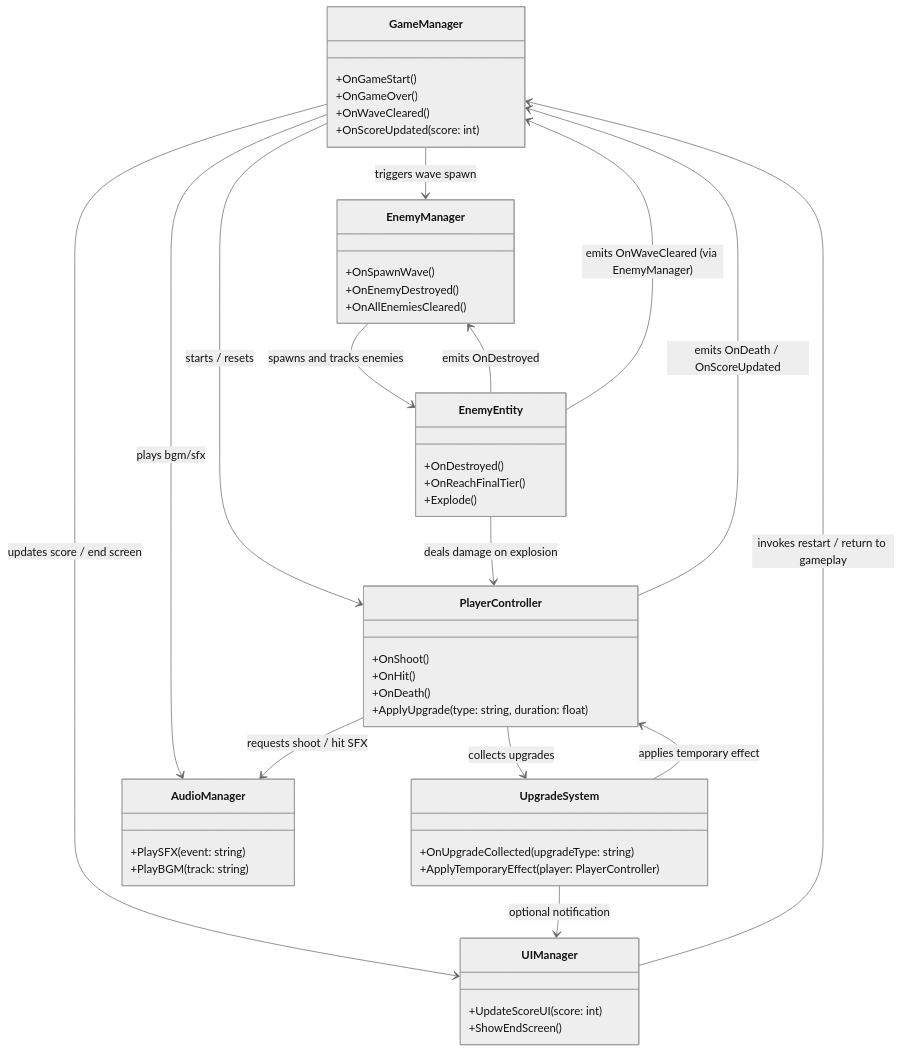
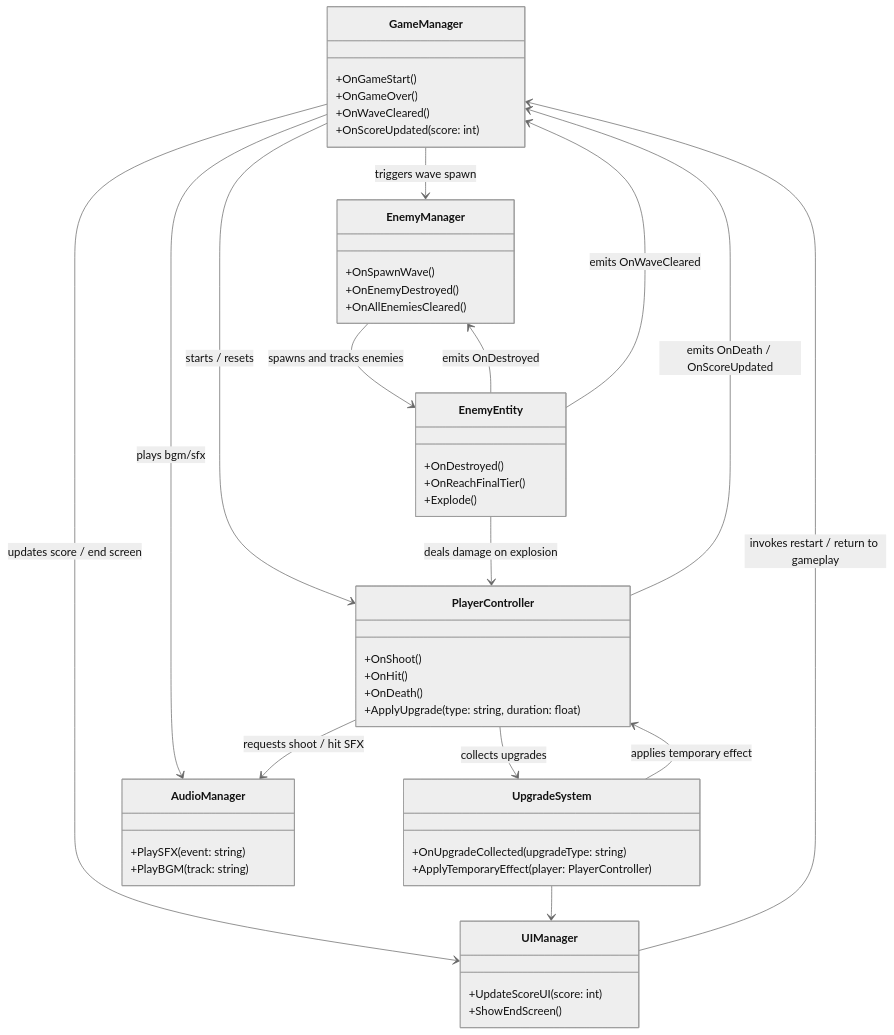
The fourth of 4 diagrams in README.md (Justsomeguy241/Game-ProgrammingClass), drawn with Mermaid before and after one commit.

````diff
--- a/README.md
+++ b/README.md
@@ -247,67 +247,67 @@
 ```mermaid
 %%{init: {'theme':'neutral'}}%%
 classDiagram
     class GameManager {
         +OnGameStart()
         +OnGameOver()
         +OnWaveCleared()
         +OnScoreUpdated(score: int)
     }
 
     class PlayerController {
         +OnShoot()
         +OnHit()
         +OnDeath()
         +ApplyUpgrade(type: string, duration: float)
     }
 
     class EnemyManager {
         +OnSpawnWave()
         +OnEnemyDestroyed()
         +OnAllEnemiesCleared()
     }
 
     class EnemyEntity {
         +OnDestroyed()
         +OnReachFinalTier()
         +Explode()
     }
 
     class UpgradeSystem {
         +OnUpgradeCollected(upgradeType: string)
         +ApplyTemporaryEffect(player: PlayerController)
     }
 
     class UIManager {
         +UpdateScoreUI(score: int)
         +ShowEndScreen()
     }
 
     class AudioManager {
         +PlaySFX(event: string)
         +PlayBGM(track: string)
     }
 
     %% --- Relationships ---
     GameManager --> PlayerController : starts / resets
     GameManager --> EnemyManager : triggers wave spawn
     GameManager --> UIManager : updates score / end screen
     GameManager --> AudioManager : plays bgm/sfx
     
     PlayerController --> GameManager : emits OnDeath / OnScoreUpdated
     PlayerController --> UpgradeSystem : collects upgrades
     PlayerController --> AudioManager : requests shoot / hit SFX
 
     EnemyManager --> EnemyEntity : spawns and tracks enemies
     EnemyEntity --> EnemyManager : emits OnDestroyed
-    EnemyEntity --> GameManager : emits OnWaveCleared (via EnemyManager)
+    EnemyEntity --> GameManager : emits OnWaveCleared
     EnemyEntity --> PlayerController : deals damage on explosion
 
     UpgradeSystem --> PlayerController : applies temporary effect
-    UpgradeSystem --> UIManager : optional notification
+    UpgradeSystem --> UIManager
     
     UIManager --> GameManager : invokes restart / return to gameplay
 
 
 
 ```
````
